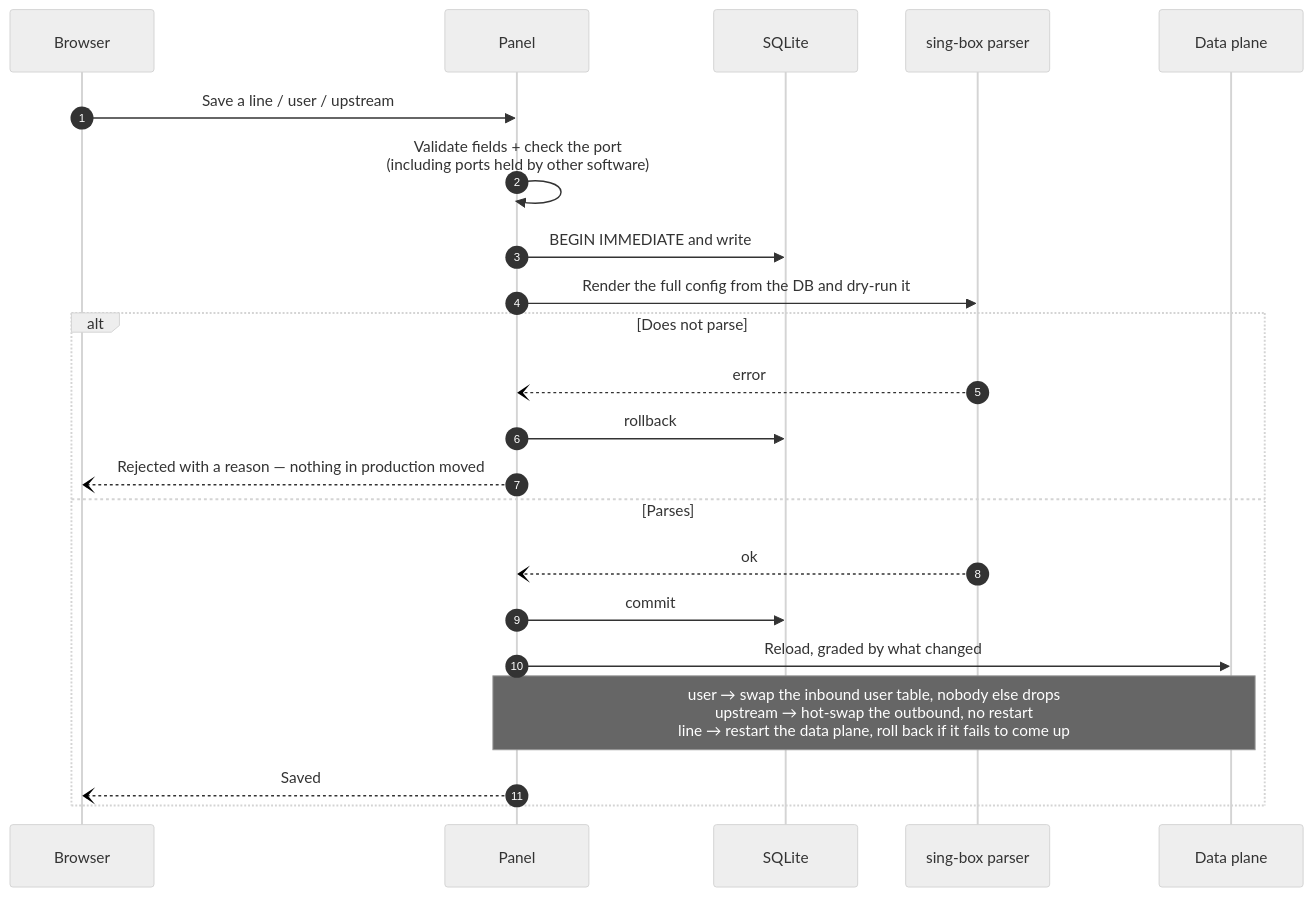
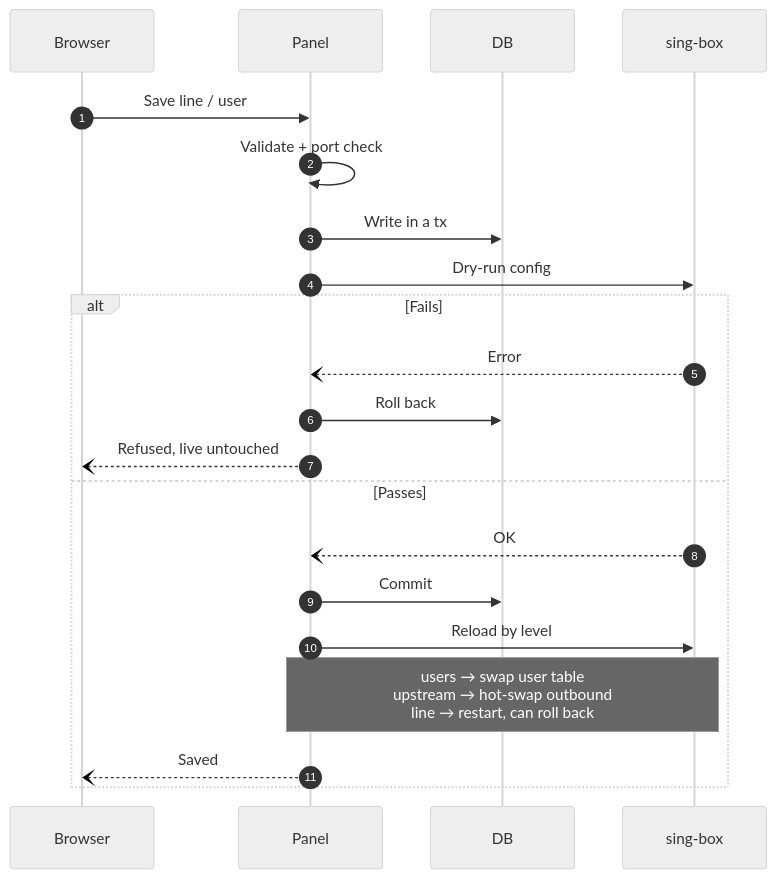
The second of 5 diagrams in README.en.md (Maoyangui/m-ui), drawn with Mermaid (neutral theme) before and after one commit. The commit also changed other lines of this file and 1 other file, not shown here.

Commit message:
README 架构图重画:五张图在 GitHub 上原来有两张会被压到 67% 和 82%,文字跟着缩小到看不清 —— 图一从三列横排改成分层,图二把干跑用的解析器和运行中的数据面合成一个 sing-box(本来就是同一个),现在五张全部在正文宽度内按原尺寸渲染。配色改成每个节点都显式给底色与字色(深底白字、浅底近黑字),不再依赖主题默认值,GitHub 明暗两种主题下都够对比;去掉顺序图里那块近白色的 rect,它在深色模式下就是白底白字。内容一并更新:副机报告里加上上游巡检结果,数据模型标出分配可细到某台服务器、代理有用户数上限,后台节奏补上每小时清理日志与按设置巡检上游

````diff
--- a/README.en.md
+++ b/README.en.md
@@ -119,25 +124,24 @@
 ```mermaid
 sequenceDiagram
   autonumber
   participant B as Browser
   participant W as Panel
-  participant D as SQLite
-  participant V as sing-box parser
-  participant C as Data plane
+  participant D as DB
+  participant S as sing-box
 
-  B->>W: Save a line / user / upstream
-  W->>W: Validate fields + check the port<br/>(including ports held by other software)
-  W->>D: BEGIN IMMEDIATE and write
-  W->>V: Render the full config from the DB and dry-run it
-  alt Does not parse
-    V--)W: error
-    W->>D: rollback
-    W--)B: Rejected with a reason — nothing in production moved
-  else Parses
-    V--)W: ok
-    W->>D: commit
-    W->>C: Reload, graded by what changed
-    Note over W,C: user → swap the inbound user table, nobody else drops<br/>upstream → hot-swap the outbound, no restart<br/>line → restart the data plane, roll back if it fails to come up
+  B->>W: Save line / user
+  W->>W: Validate + port check
+  W->>D: Write in a tx
+  W->>S: Dry-run config
+  alt Fails
+    S--)W: Error
+    W->>D: Roll back
+    W--)B: Refused, live untouched
+  else Passes
+    S--)W: OK
+    W->>D: Commit
+    W->>S: Reload by level
+    Note over W,S: users → swap user table<br/>upstream → hot-swap outbound<br/>line → restart, can roll back
     W--)B: Saved
   end
 ```
````
